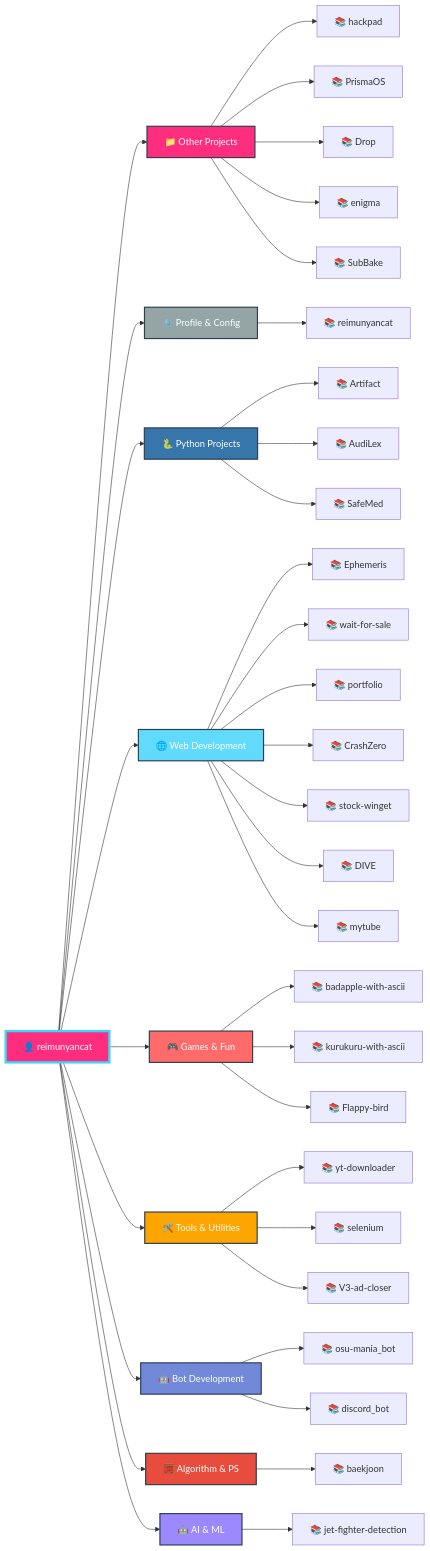
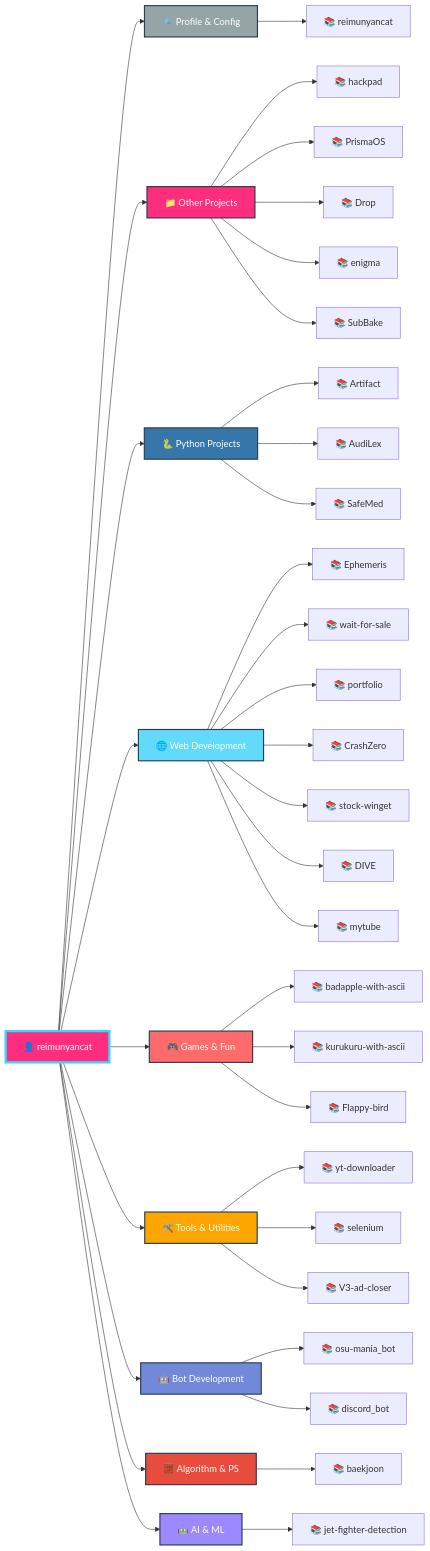
Before and after one commit to reimunyancat/reimunyancat: the diagram in README.md, drawn with Mermaid.

````diff
--- a/README.md
+++ b/README.md
@@ -159,59 +159,59 @@
 ```mermaid
 graph LR
   A[👤 reimunyancat]
 
-  A --> CAT0[📁 Other Projects]
-  CAT0 --> CAT0_0[📚 hackpad]
-  CAT0 --> CAT0_1[📚 PrismaOS]
-  CAT0 --> CAT0_2[📚 Drop]
-  CAT0 --> CAT0_3[📚 enigma]
-  CAT0 --> CAT0_4[📚 SubBake]
+  A --> CAT0[⚙️ Profile & Config]
+  CAT0 --> CAT0_0[📚 reimunyancat]
 
-  A --> CAT1[⚙️ Profile & Config]
-  CAT1 --> CAT1_0[📚 reimunyancat]
+  A --> CAT1[📁 Other Projects]
+  CAT1 --> CAT1_0[📚 hackpad]
+  CAT1 --> CAT1_1[📚 PrismaOS]
+  CAT1 --> CAT1_2[📚 Drop]
+  CAT1 --> CAT1_3[📚 enigma]
+  CAT1 --> CAT1_4[📚 SubBake]
 
   A --> CAT2[🐍 Python Projects]
   CAT2 --> CAT2_0[📚 Artifact]
   CAT2 --> CAT2_1[📚 AudiLex]
   CAT2 --> CAT2_2[📚 SafeMed]
 
   A --> CAT3[🌐 Web Development]
   CAT3 --> CAT3_0[📚 Ephemeris]
   CAT3 --> CAT3_1[📚 wait-for-sale]
   CAT3 --> CAT3_2[📚 portfolio]
   CAT3 --> CAT3_3[📚 CrashZero]
   CAT3 --> CAT3_4[📚 stock-winget]
   CAT3 --> CAT3_5[📚 DIVE]
   CAT3 --> CAT3_6[📚 mytube]
 
   A --> CAT4[🎮 Games & Fun]
   CAT4 --> CAT4_0[📚 badapple-with-ascii]
   CAT4 --> CAT4_1[📚 kurukuru-with-ascii]
   CAT4 --> CAT4_2[📚 Flappy-bird]
 
   A --> CAT5[🛠️ Tools & Utilities]
   CAT5 --> CAT5_0[📚 yt-downloader]
   CAT5 --> CAT5_1[📚 selenium]
   CAT5 --> CAT5_2[📚 V3-ad-closer]
 
   A --> CAT6[🤖 Bot Development]
   CAT6 --> CAT6_0[📚 osu-mania_bot]
   CAT6 --> CAT6_1[📚 discord_bot]
 
   A --> CAT7[🧮 Algorithm & PS]
   CAT7 --> CAT7_0[📚 baekjoon]
 
   A --> CAT8[🤖 AI & ML]
   CAT8 --> CAT8_0[📚 jet-fighter-detection]
 
   style A fill:#FF2D7E,stroke:#3BD6FF,stroke-width:4px,color:#fff
-  style CAT0 fill:#FF2D7E,stroke:#2c3e50,stroke-width:2px,color:#fff
-  style CAT1 fill:#95a5a6,stroke:#2c3e50,stroke-width:2px,color:#fff
+  style CAT0 fill:#95a5a6,stroke:#2c3e50,stroke-width:2px,color:#fff
+  style CAT1 fill:#FF2D7E,stroke:#2c3e50,stroke-width:2px,color:#fff
   style CAT2 fill:#3776ab,stroke:#2c3e50,stroke-width:2px,color:#fff
   style CAT3 fill:#61dafb,stroke:#2c3e50,stroke-width:2px,color:#fff
   style CAT4 fill:#ff6b6b,stroke:#2c3e50,stroke-width:2px,color:#fff
   style CAT5 fill:#ffa500,stroke:#2c3e50,stroke-width:2px,color:#fff
   style CAT6 fill:#7289da,stroke:#2c3e50,stroke-width:2px,color:#fff
   style CAT7 fill:#e74c3c,stroke:#2c3e50,stroke-width:2px,color:#fff
   style CAT8 fill:#9c88ff,stroke:#2c3e50,stroke-width:2px,color:#fff
 ```
````
